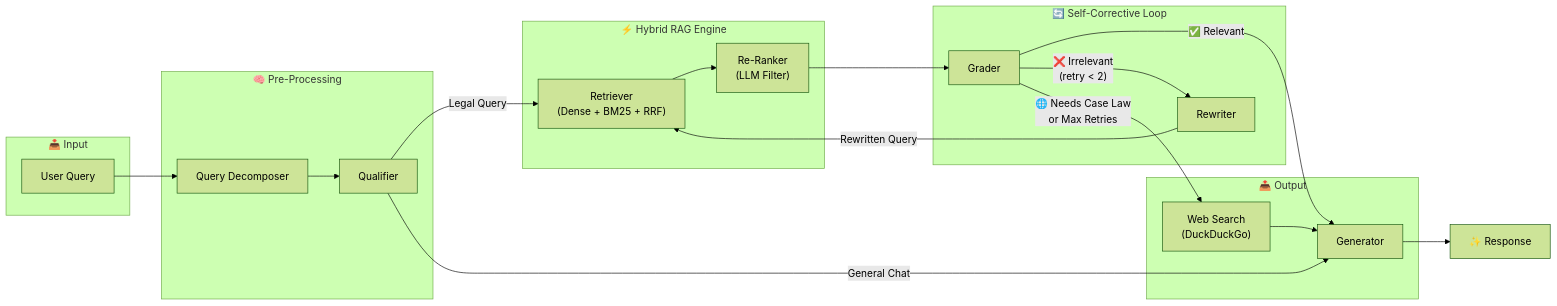
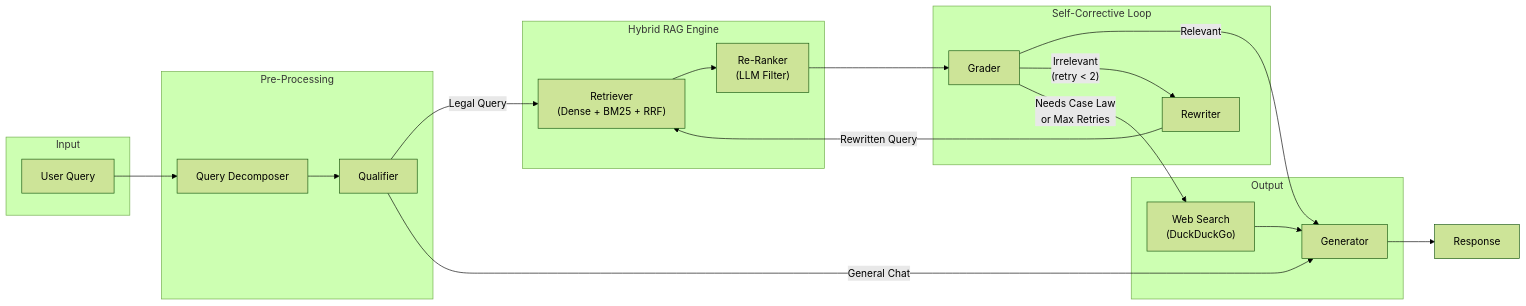
Before and after one commit to dbosmrt/Maat-AI: the first of 3 diagrams in README.md, drawn with Mermaid (forest theme). The commit also changed other lines of this file, not shown here.

````diff
--- a/README.md
+++ b/README.md
@@ -48,37 +48,37 @@
 ```mermaid
 flowchart LR
-    subgraph INPUT["📥 Input"]
+    subgraph INPUT[" Input "]
         U["User Query"]
     end
 
-    subgraph PREPROCESS["🧠 Pre-Processing"]
+    subgraph PREPROCESS[" Pre-Processing "]
         QD["Query Decomposer"]
         QF["Qualifier"]
     end
 
-    subgraph RAG["⚡ Hybrid RAG Engine"]
+    subgraph RAG[" Hybrid RAG Engine "]
         RT["Retriever\n(Dense + BM25 + RRF)"]
         RR["Re-Ranker\n(LLM Filter)"]
     end
 
-    subgraph SELF_CORRECT["🔄 Self-Corrective Loop"]
+    subgraph SELF_CORRECT[" Self-Corrective Loop "]
         GR["Grader"]
         RW["Rewriter"]
     end
 
-    subgraph OUTPUT["📤 Output"]
+    subgraph OUTPUT[" Output "]
         WS["Web Search\n(DuckDuckGo)"]
         GN["Generator"]
     end
 
     U --> QD --> QF
     QF -->|"Legal Query"| RT
     QF -->|"General Chat"| GN
     RT --> RR --> GR
-    GR -->|"✅ Relevant"| GN
-    GR -->|"❌ Irrelevant\n(retry < 2)"| RW
-    GR -->|"🌐 Needs Case Law\nor Max Retries"| WS
+    GR -->|"Relevant"| GN
+    GR -->|"Irrelevant\n(retry < 2)"| RW
+    GR -->|"Needs Case Law\nor Max Retries"| WS
     RW -->|"Rewritten Query"| RT
     WS --> GN
-    GN --> END["✨ Response"]
+    GN --> DONE["Response"]
 ```
````
